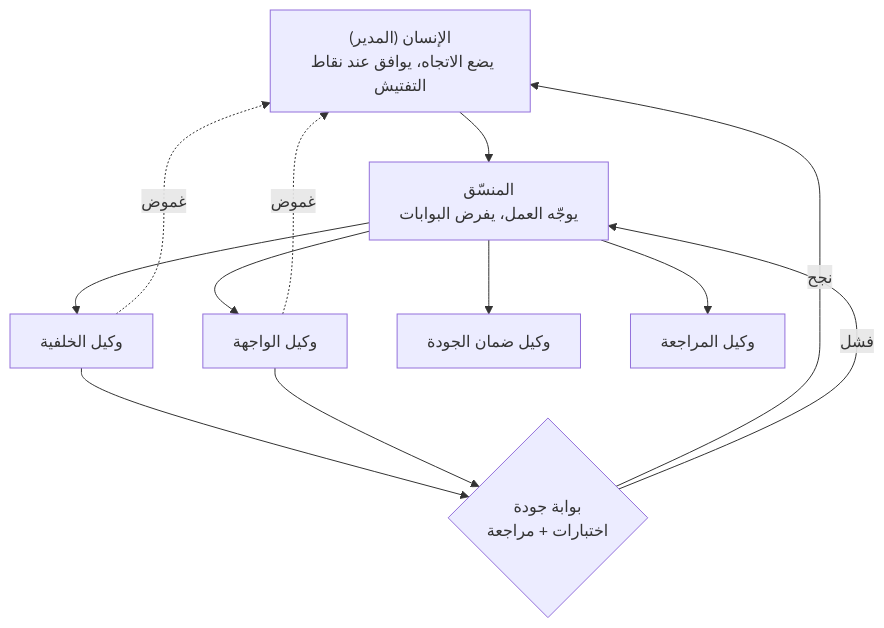
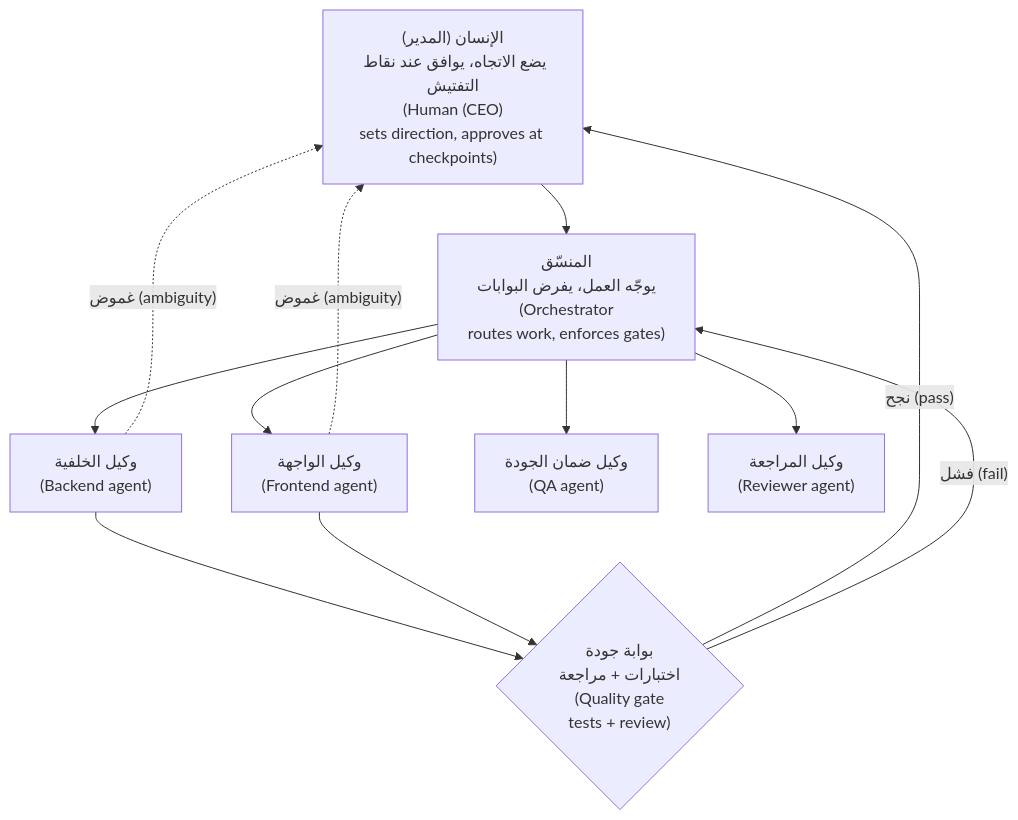
Before and after one commit to Tamoura/system-design-for-vibe-coders: the sixth of 8 diagrams in modules/09-directing-ai-team/module.ar.md, drawn with Mermaid. The commit also changed other lines of this file and 62 other files, not shown here.

First line of the commit message:
Arabic editions: English on every diagram label, RTL fixes, rebuild

````diff
--- a/modules/09-directing-ai-team/module.ar.md
+++ b/modules/09-directing-ai-team/module.ar.md
@@ -518,14 +518,14 @@
 ```mermaid
 flowchart TD
-    H["الإنسان (المدير)<br/>يضع الاتجاه، يوافق عند نقاط التفتيش"] --> O["المنسّق<br/>يوجّه العمل، يفرض البوابات"]
-    O --> B["وكيل الخلفية"]
-    O --> F["وكيل الواجهة"]
-    O --> Q["وكيل ضمان الجودة"]
-    O --> R["وكيل المراجعة"]
-    B --> G1{"بوابة جودة<br/>اختبارات + مراجعة"}
+    H["الإنسان (المدير)<br/>يضع الاتجاه، يوافق عند نقاط التفتيش<br/>(Human (CEO)<br/>sets direction, approves at checkpoints)"] --> O["المنسّق<br/>يوجّه العمل، يفرض البوابات<br/>(Orchestrator<br/>routes work, enforces gates)"]
+    O --> B["وكيل الخلفية<br/>(Backend agent)"]
+    O --> F["وكيل الواجهة<br/>(Frontend agent)"]
+    O --> Q["وكيل ضمان الجودة<br/>(QA agent)"]
+    O --> R["وكيل المراجعة<br/>(Reviewer agent)"]
+    B --> G1{"بوابة جودة<br/>اختبارات + مراجعة<br/>(Quality gate<br/>tests + review)"}
     F --> G1
-    G1 -->|نجح| H
-    G1 -->|فشل| O
-    B -.غموض.-> H
-    F -.غموض.-> H
+    G1 -->|"نجح (pass)"| H
+    G1 -->|"فشل (fail)"| O
+    B -.->|"غموض (ambiguity)"| H
+    F -.->|"غموض (ambiguity)"| H
 ```
````
